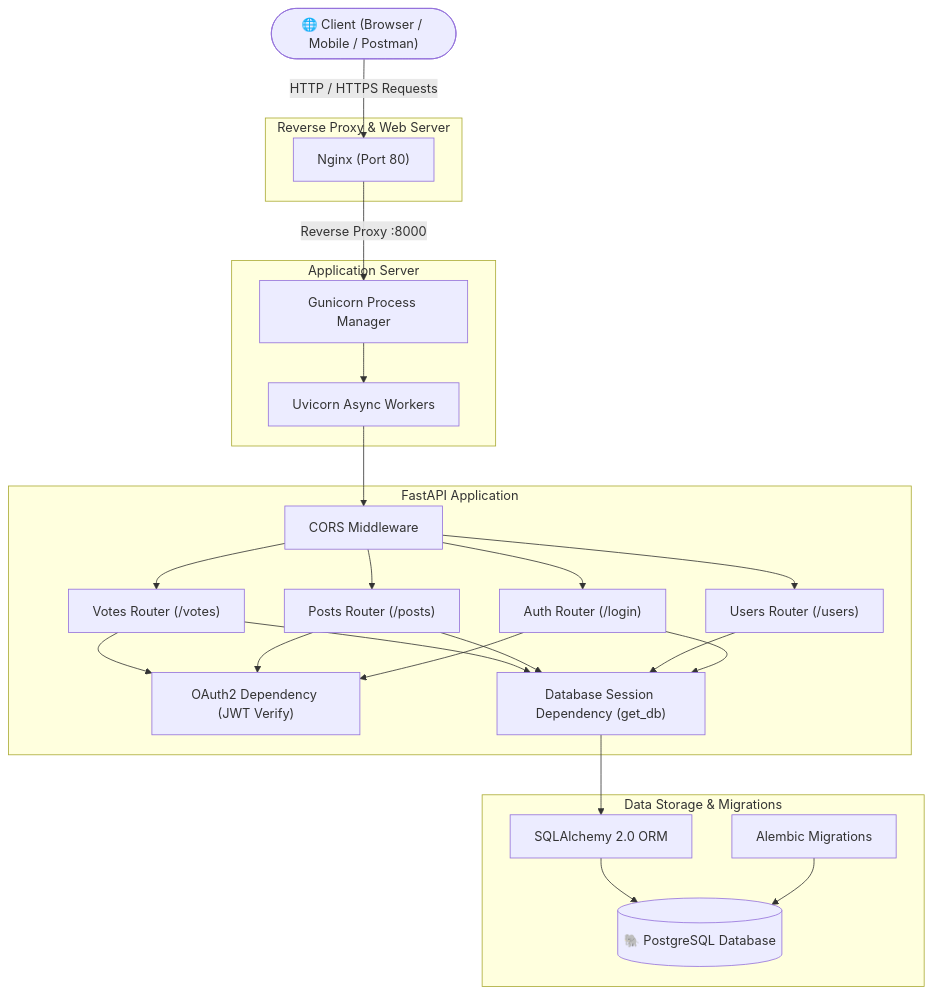
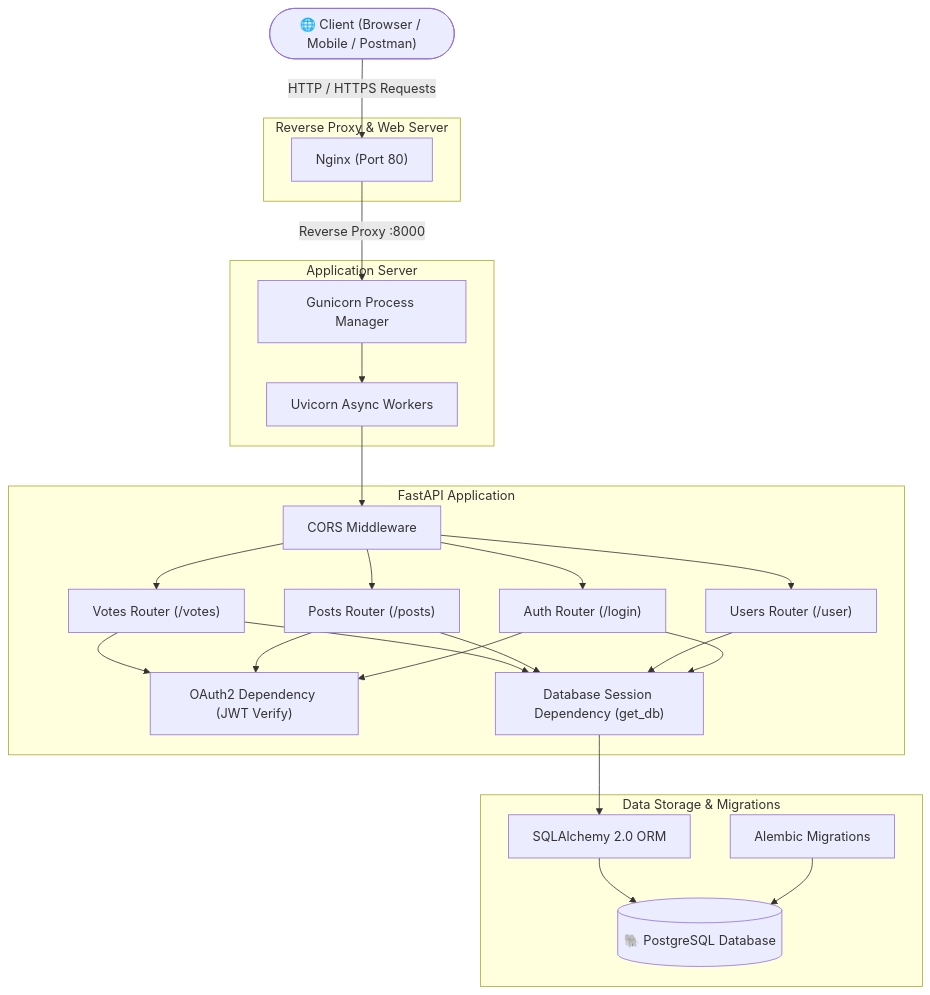
One commit to rayen-segni/social-media_app.fastapi changed the first of 4 diagrams in README.md. Above: the diagram before and after it, drawn with Mermaid. The commit also changed other lines of this file and 11 other files, not shown here.

````diff
--- a/README.md
+++ b/README.md
@@ -78,51 +78,51 @@
 ```mermaid
 graph TD
     Client(["🌐 Client (Browser / Mobile / Postman)"])
     
     subgraph ReverseProxy ["Reverse Proxy & Web Server"]
         Nginx["Nginx (Port 80)"]
     end
 
     subgraph AppServer ["Application Server"]
         Gunicorn["Gunicorn Process Manager"]
         UvicornWorker["Uvicorn Async Workers"]
     end
 
     subgraph FastAPIApp ["FastAPI Application"]
         CORS["CORS Middleware"]
         AuthRouter["Auth Router (/login)"]
-        UserRouter["Users Router (/users)"]
+        UserRouter["Users Router (/user)"]
         PostRouter["Posts Router (/posts)"]
         VoteRouter["Votes Router (/votes)"]
         AuthDep["OAuth2 Dependency (JWT Verify)"]
         DBDep["Database Session Dependency (get_db)"]
     end
 
     subgraph DataLayer ["Data Storage & Migrations"]
         SQLAlchemy["SQLAlchemy 2.0 ORM"]
         Alembic["Alembic Migrations"]
         PostgreSQL[("🐘 PostgreSQL Database")]
     end
 
     Client -->|HTTP / HTTPS Requests| Nginx
     Nginx -->|Reverse Proxy :8000| Gunicorn
     Gunicorn --> UvicornWorker
     UvicornWorker --> CORS
     CORS --> AuthRouter
     CORS --> UserRouter
     CORS --> PostRouter
     CORS --> VoteRouter
 
     AuthRouter --> AuthDep
     PostRouter --> AuthDep
     VoteRouter --> AuthDep
 
     AuthRouter --> DBDep
     UserRouter --> DBDep
     PostRouter --> DBDep
     VoteRouter --> DBDep
 
     DBDep --> SQLAlchemy
     Alembic --> PostgreSQL
     SQLAlchemy --> PostgreSQL
 ```
````
